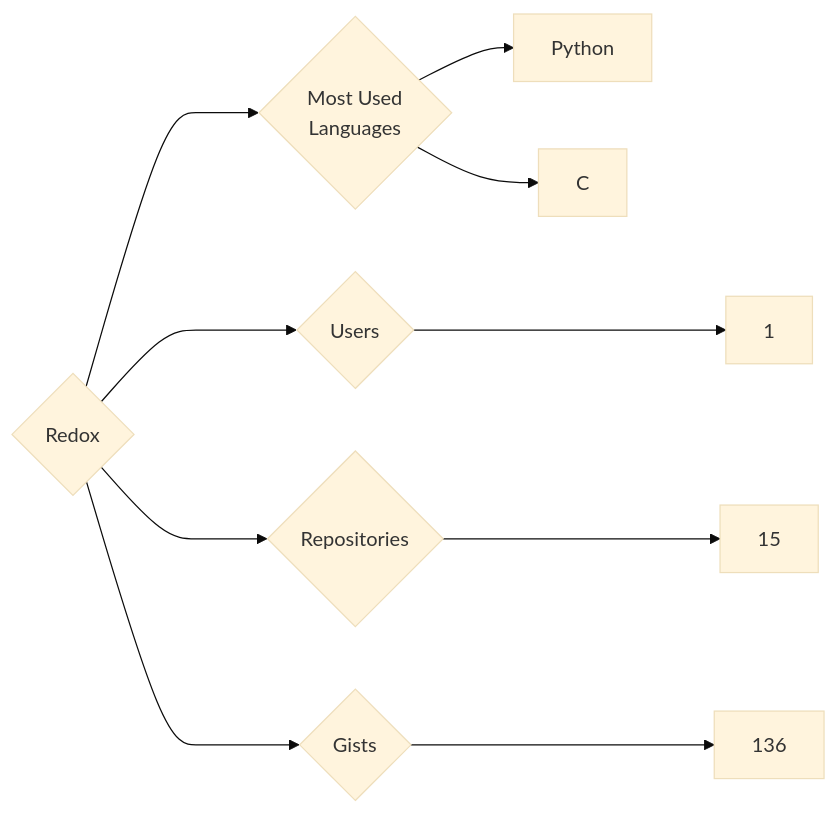
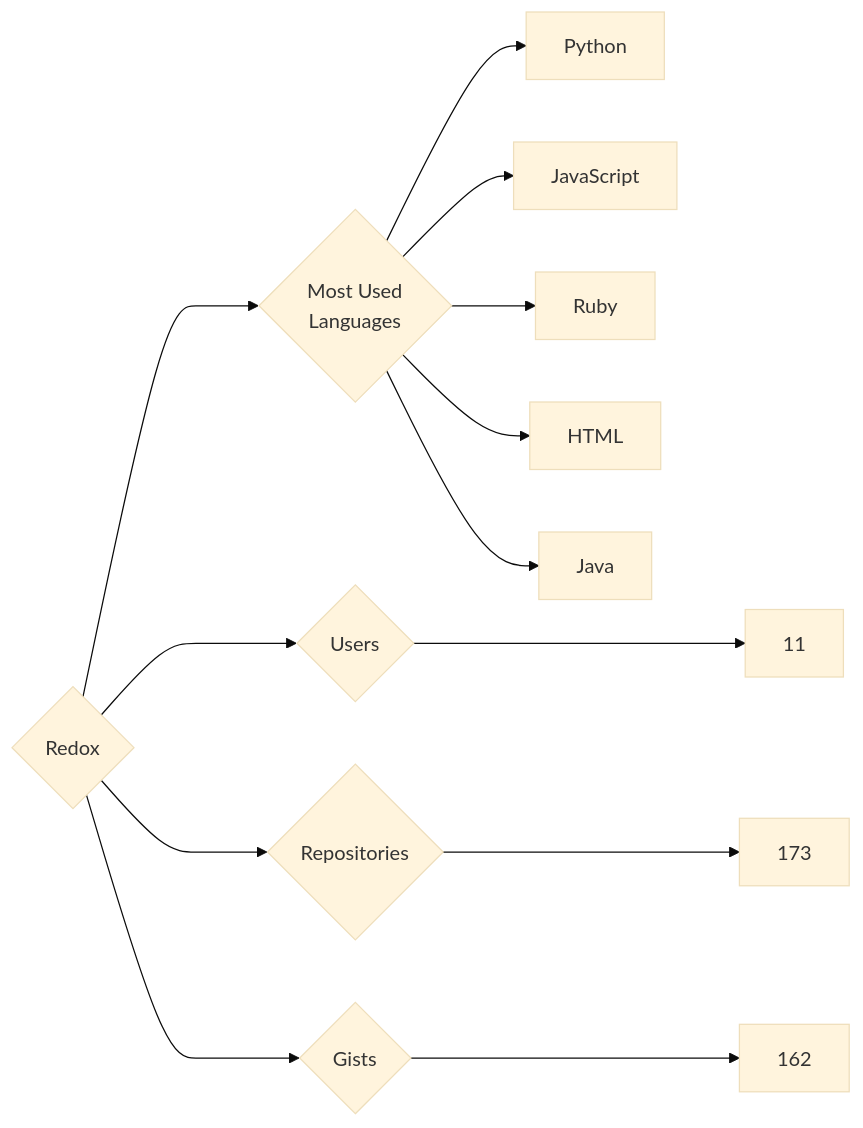
The diagram in targets/Redox/README.md (trickest/insiders), drawn with Mermaid (base theme) before and after one commit. The commit also changed 920 other files, not shown here.

````diff
--- a/targets/Redox/README.md
+++ b/targets/Redox/README.md
@@ -3,10 +3,13 @@
 ```mermaid
 graph LR
 COMPANY_NAME{Redox}
-COMPANY_NAME ---> U{Users} ---> UN[1]
-COMPANY_NAME ---> R{Repositories} ---> RN[15]
-COMPANY_NAME ---> G{Gists} ---> GN[136]
+COMPANY_NAME ---> U{Users} ---> UN[11]
+COMPANY_NAME ---> R{Repositories} ---> RN[173]
+COMPANY_NAME ---> G{Gists} ---> GN[162]
 COMPANY_NAME ---> ML{Most Used<br>Languages}
 ML --> Python[Python]
-ML --> C[C]
+ML --> JavaScript[JavaScript]
+ML --> Ruby[Ruby]
+ML --> HTML[HTML]
+ML --> Java[Java]
 ```
````
